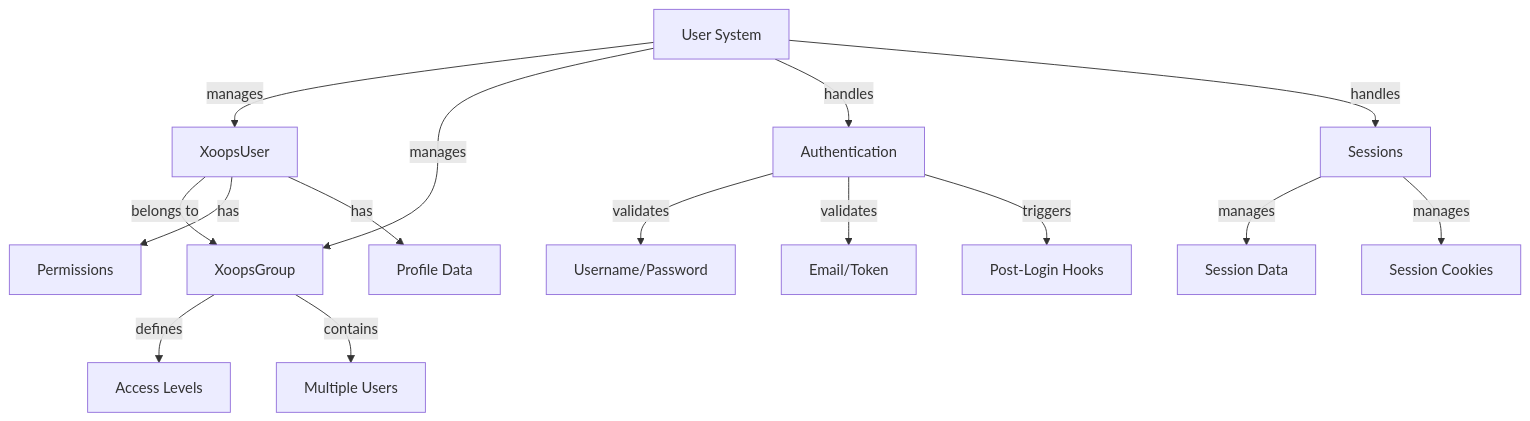
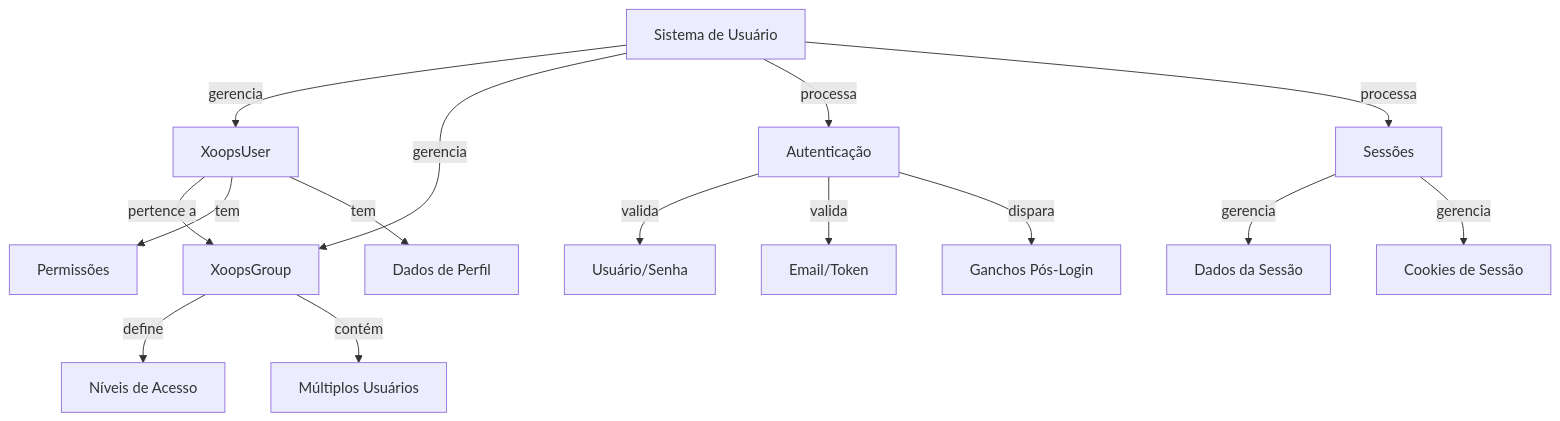
Before and after one commit to mambax7/xoops-docs: the diagram in apps/docs-27/src/content/docs/pt/api-reference/user/system.md, drawn with Mermaid. The commit also changed other lines of this file and 162 other files, not shown here.

````diff
--- a/apps/docs-27/src/content/docs/pt/api-reference/user/system.md
+++ b/apps/docs-27/src/content/docs/pt/api-reference/user/system.md
@@ -10,21 +10,21 @@
 ```mermaid
 graph TD
-    A[User System] -->|manages| B[XoopsUser]
-    A -->|manages| C[XoopsGroup]
-    A -->|handles| D[Authentication]
-    A -->|handles| E[Sessions]
+    A[Sistema de Usuário] -->|gerencia| B[XoopsUser]
+    A -->|gerencia| C[XoopsGroup]
+    A -->|processa| D[Autenticação]
+    A -->|processa| E[Sessões]
 
-    D -->|validates| F[Username/Password]
-    D -->|validates| G[Email/Token]
-    D -->|triggers| H[Post-Login Hooks]
+    D -->|valida| F[Usuário/Senha]
+    D -->|valida| G[Email/Token]
+    D -->|dispara| H[Ganchos Pós-Login]
 
-    E -->|manages| I[Session Data]
-    E -->|manages| J[Session Cookies]
+    E -->|gerencia| I[Dados da Sessão]
+    E -->|gerencia| J[Cookies de Sessão]
 
-    B -->|belongs to| C
-    B -->|has| K[Permissions]
-    B -->|has| L[Profile Data]
+    B -->|pertence a| C
+    B -->|tem| K[Permissões]
+    B -->|tem| L[Dados de Perfil]
 
-    C -->|defines| M[Access Levels]
-    C -->|contains| N[Multiple Users]
+    C -->|define| M[Níveis de Acesso]
+    C -->|contém| N[Múltiplos Usuários]
 ```
````
